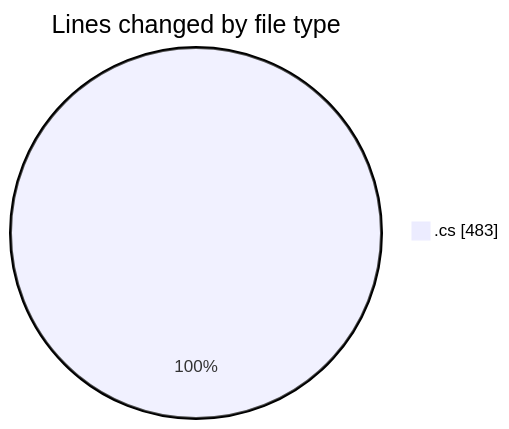
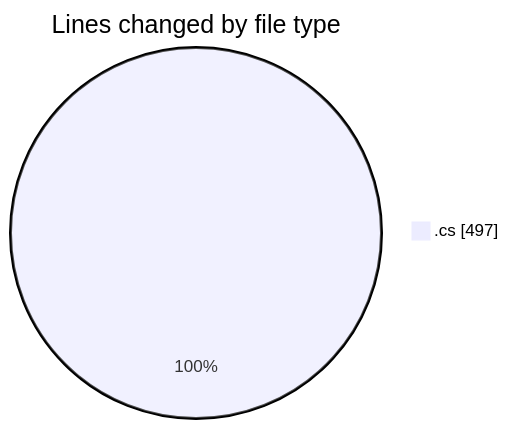
One commit to Netris89/code-tracking changed the first of 2 diagrams in 2025-03-27/back-end/README.md. Above: the diagram before and after it, drawn with Mermaid. The commit also changed other lines of this file and 1 other file, not shown here.

````diff
--- a/2025-03-27/back-end/README.md
+++ b/2025-03-27/back-end/README.md
@@ -28,5 +28,5 @@
 ```mermaid
 pie showData
 title Lines changed by file type
-".cs" : 483
+".cs" : 497
 ```
````
